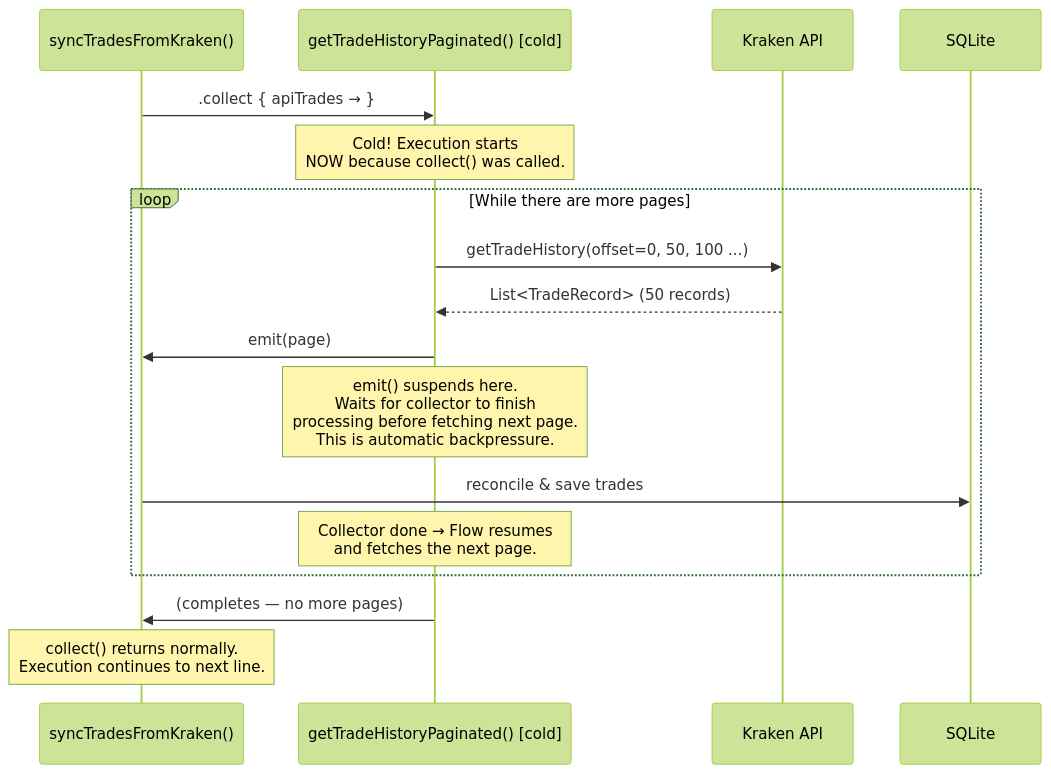
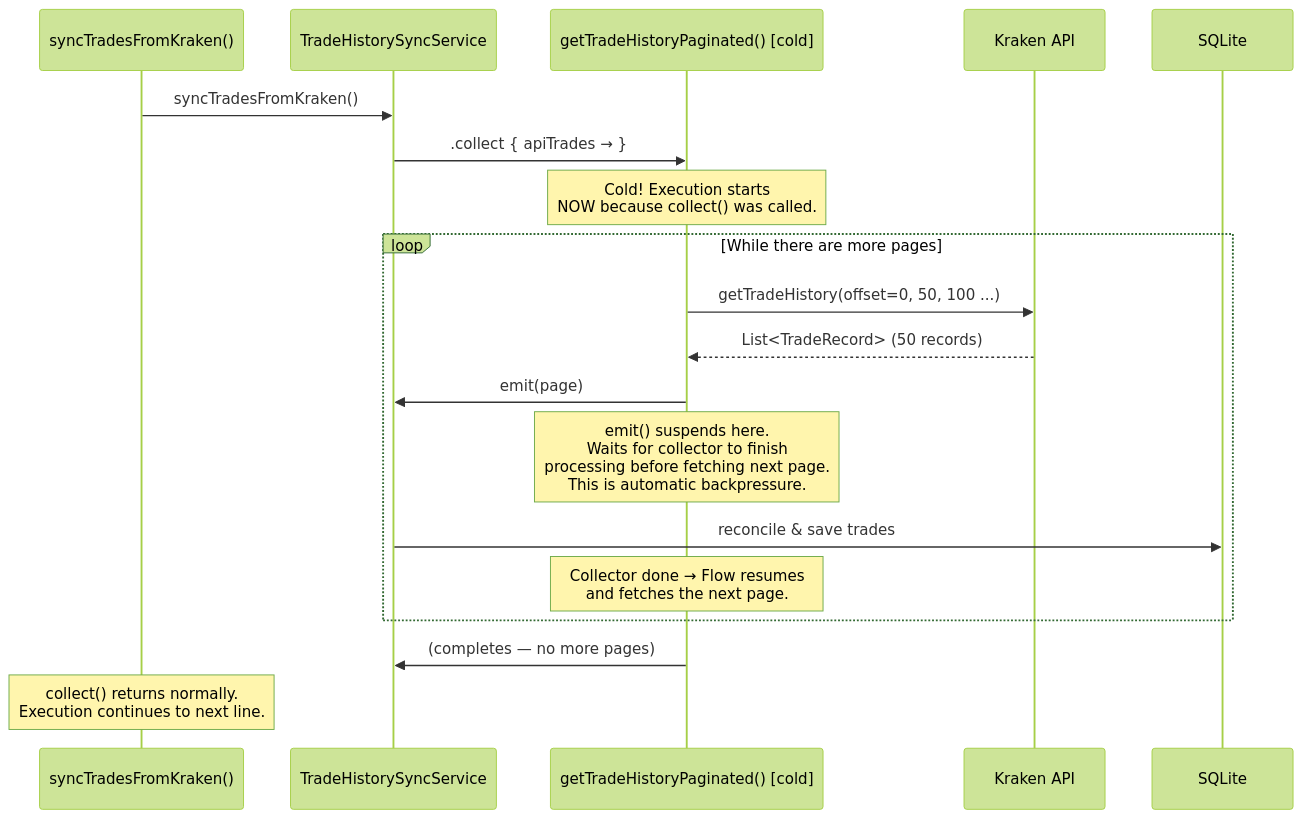
The fourth of 6 diagrams in docs/FLOWS.md (HyperVon/new-kraken-rebalancer), drawn with Mermaid (forest theme) before and after one commit. The commit also changed other lines of this file and 22 other files, not shown here.

````diff
--- a/docs/FLOWS.md
+++ b/docs/FLOWS.md
@@ -168,22 +178,24 @@
 ```mermaid
 sequenceDiagram
     participant Caller as syncTradesFromKraken()
+    participant Sync as TradeHistorySyncService
     participant Flow as getTradeHistoryPaginated() [cold]
     participant API as Kraken API
     participant DB as SQLite
 
-    Caller->>Flow: .collect { apiTrades → }
+    Caller->>Sync: syncTradesFromKraken()
+    Sync->>Flow: .collect { apiTrades → }
     note over Flow: Cold! Execution starts<br/>NOW because collect() was called.
 
     loop While there are more pages
         Flow->>API: getTradeHistory(offset=0, 50, 100 ...)
         API-->>Flow: List<TradeRecord> (50 records)
-        Flow->>Caller: emit(page)
+        Flow->>Sync: emit(page)
         note over Flow: emit() suspends here.<br/>Waits for collector to finish<br/>processing before fetching next page.<br/>This is automatic backpressure.
-        Caller->>DB: reconcile & save trades
+        Sync->>DB: reconcile & save trades
         note over Flow: Collector done → Flow resumes<br/>and fetches the next page.
     end
 
-    Flow->>Caller: (completes — no more pages)
+    Flow->>Sync: (completes — no more pages)
     note over Caller: collect() returns normally.<br/>Execution continues to next line.
 ```
````
